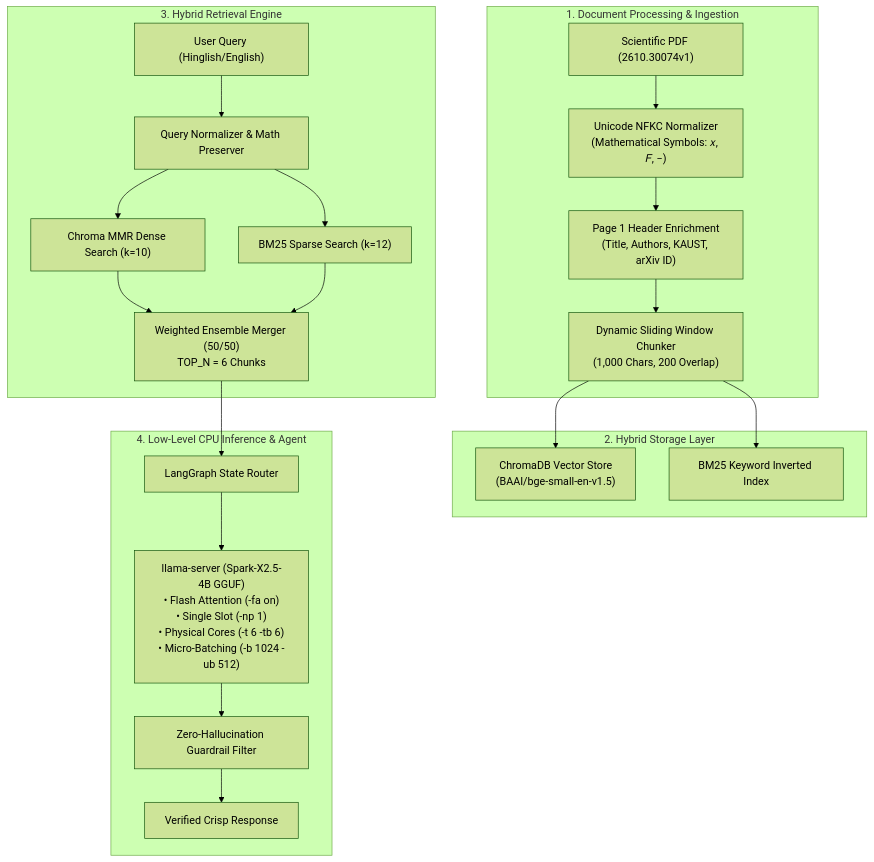
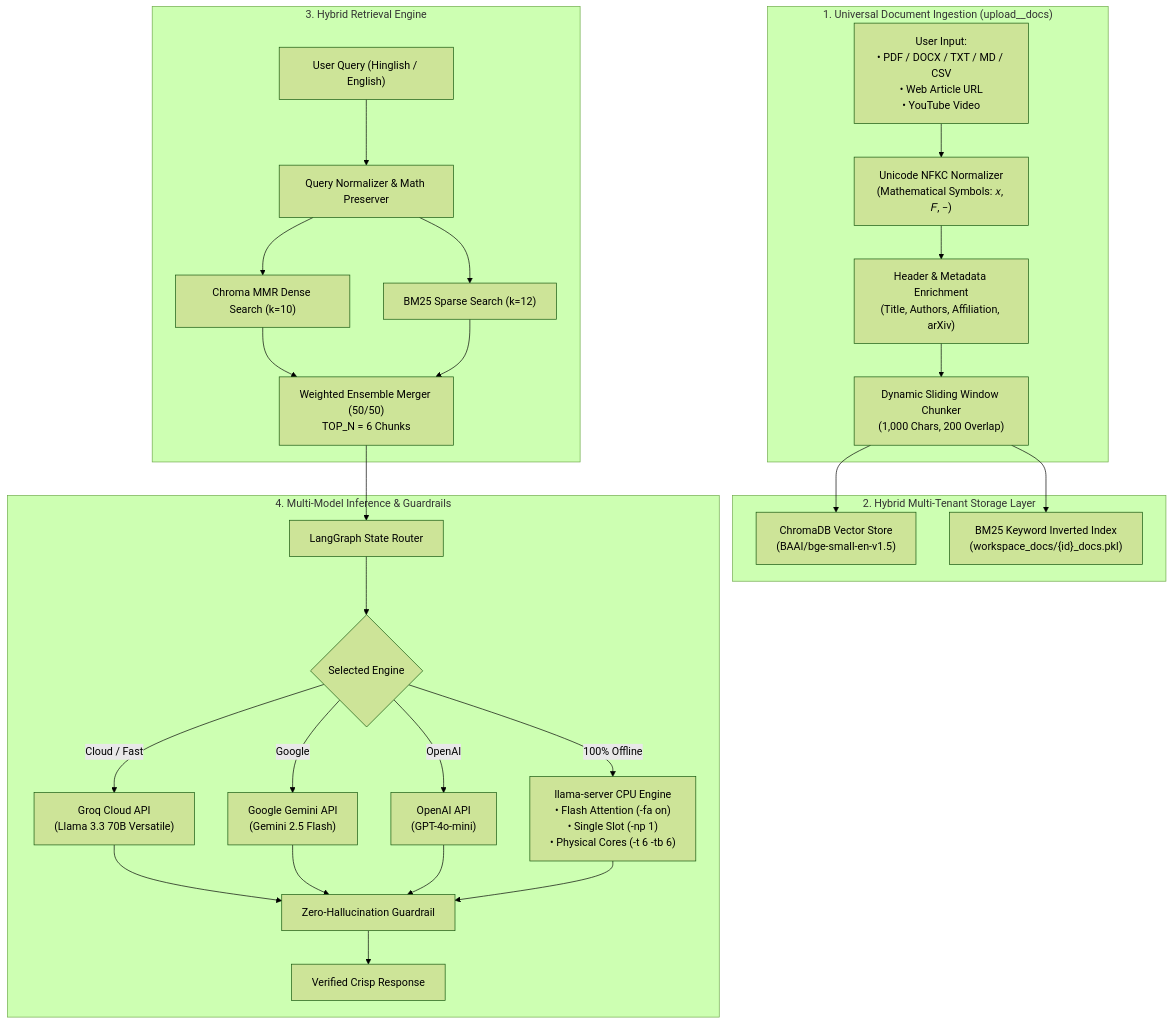
The diagram in README.md (XestalNitish/xestal-enterprise-rag-engine), drawn with Mermaid (forest theme) before and after one commit. The commit also changed other lines of this file and 1 other file, not shown here.

Commit message:
feat: Add custom document ingestion UI, multi-cloud model switcher (Groq/Gemini/OpenAI/Local), and Streamlit Cloud deployment guide

````diff
--- a/README.md
+++ b/README.md
@@ -35,27 +37,31 @@
 ```mermaid
 flowchart TD
-    subgraph INGESTION["1. Document Processing & Ingestion"]
-        PDF["Scientific PDF (2610.30074v1)"] --> NORM["Unicode NFKC Normalizer<br/>(Mathematical Symbols: 𝑥, 𝐹, −)"]
-        NORM --> ENRICH["Page 1 Header Enrichment<br/>(Title, Authors, KAUST, arXiv ID)"]
+    subgraph INGESTION["1. Universal Document Ingestion (upload__docs)"]
+        INPUT["User Input:<br/>• PDF / DOCX / TXT / MD / CSV<br/>• Web Article URL<br/>• YouTube Video"] --> NORM["Unicode NFKC Normalizer<br/>(Mathematical Symbols: 𝑥, 𝐹, −)"]
+        NORM --> ENRICH["Header & Metadata Enrichment<br/>(Title, Authors, Affiliation, arXiv)"]
         ENRICH --> CHUNKER["Dynamic Sliding Window Chunker<br/>(1,000 Chars, 200 Overlap)"]
     end
 
-    subgraph STORAGE["2. Hybrid Storage Layer"]
+    subgraph STORAGE["2. Hybrid Multi-Tenant Storage Layer"]
         CHUNKER --> DENSE["ChromaDB Vector Store<br/>(BAAI/bge-small-en-v1.5)"]
-        CHUNKER --> SPARSE["BM25 Keyword Inverted Index"]
+        CHUNKER --> SPARSE["BM25 Keyword Inverted Index<br/>(workspace_docs/{id}_docs.pkl)"]
     end
 
     subgraph RETRIEVAL["3. Hybrid Retrieval Engine"]
-        USER_Q["User Query (Hinglish/English)"] --> CLEAN["Query Normalizer & Math Preserver"]
+        USER_Q["User Query (Hinglish / English)"] --> CLEAN["Query Normalizer & Math Preserver"]
         CLEAN --> MMR["Chroma MMR Dense Search (k=10)"]
         CLEAN --> BM25_SEARCH["BM25 Sparse Search (k=12)"]
         MMR & BM25_SEARCH --> ENSEMBLE["Weighted Ensemble Merger (50/50)<br/>TOP_N = 6 Chunks"]
     end
 
-    subgraph INFERENCE["4. Low-Level CPU Inference & Agent"]
+    subgraph INFERENCE["4. Multi-Model Inference & Guardrails"]
         ENSEMBLE --> GRAPH["LangGraph State Router"]
-        GRAPH --> LLAMA["llama-server (Spark-X2.5-4B GGUF)<br/>• Flash Attention (-fa on)<br/>• Single Slot (-np 1)<br/>• Physical Cores (-t 6 -tb 6)<br/>• Micro-Batching (-b 1024 -ub 512)"]
-        LLAMA --> GUARD["Zero-Hallucination Guardrail Filter"]
+        GRAPH --> ROUTER{"Selected Engine"}
+        ROUTER -->|Cloud / Fast| GROQ["Groq Cloud API<br/>(Llama 3.3 70B Versatile)"]
+        ROUTER -->|Google| GEMINI["Google Gemini API<br/>(Gemini 2.5 Flash)"]
+        ROUTER -->|OpenAI| OPENAI["OpenAI API<br/>(GPT-4o-mini)"]
+        ROUTER -->|100% Offline| LLAMA["llama-server CPU Engine<br/>• Flash Attention (-fa on)<br/>• Single Slot (-np 1)<br/>• Physical Cores (-t 6 -tb 6)"]
+        GROQ & GEMINI & OPENAI & LLAMA --> GUARD["Zero-Hallucination Guardrail"]
         GUARD --> OUT["Verified Crisp Response"]
     end
 ```
````
